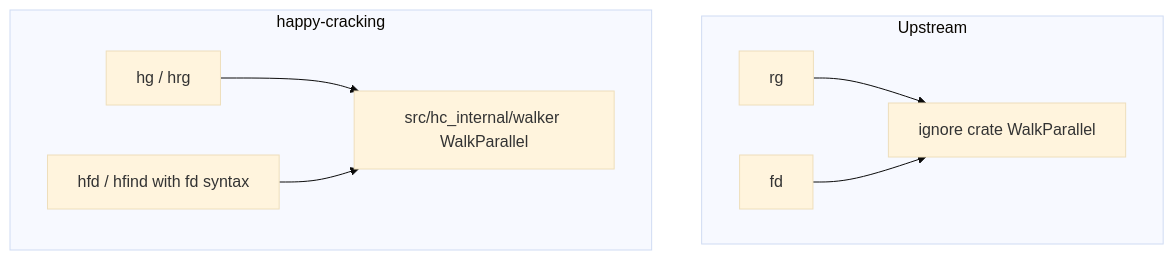
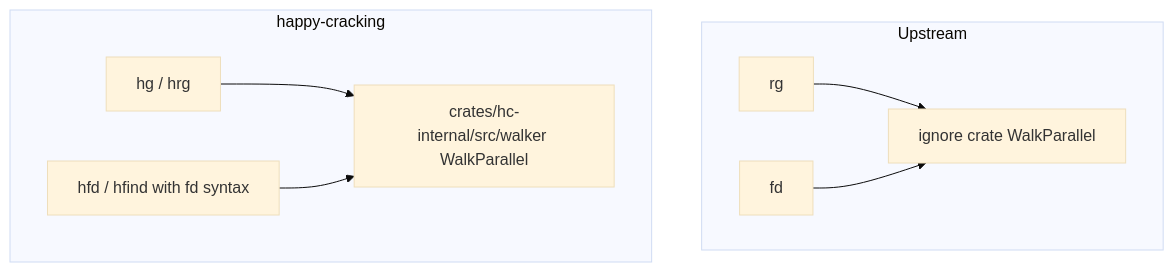
The first of 7 diagrams in docs/hgrep-hfind-performance.md (riya-amemiya/happy-cracking), drawn with Mermaid (base theme) before and after one commit. The commit also changed other lines of this file and 199 other files, not shown here.

First line of the commit message:
refactor: split hrg, hfd, and hc-internal into workspace packages (#388)

````diff
--- a/docs/hgrep-hfind-performance.md
+++ b/docs/hgrep-hfind-performance.md
@@ -19,11 +19,11 @@
 ```mermaid
 flowchart TB
     subgraph upstream["Upstream"]
         rg["rg"] --> ig["ignore crate WalkParallel"]
         fd["fd"] --> ig
     end
     subgraph local["happy-cracking"]
-        hg["hg / hrg"] --> hw["src/hc_internal/walker WalkParallel"]
+        hg["hg / hrg"] --> hw["crates/hc-internal/src/walker WalkParallel"]
         hfd["hfd / hfind with fd syntax"] --> hw
     end
 ```
````
